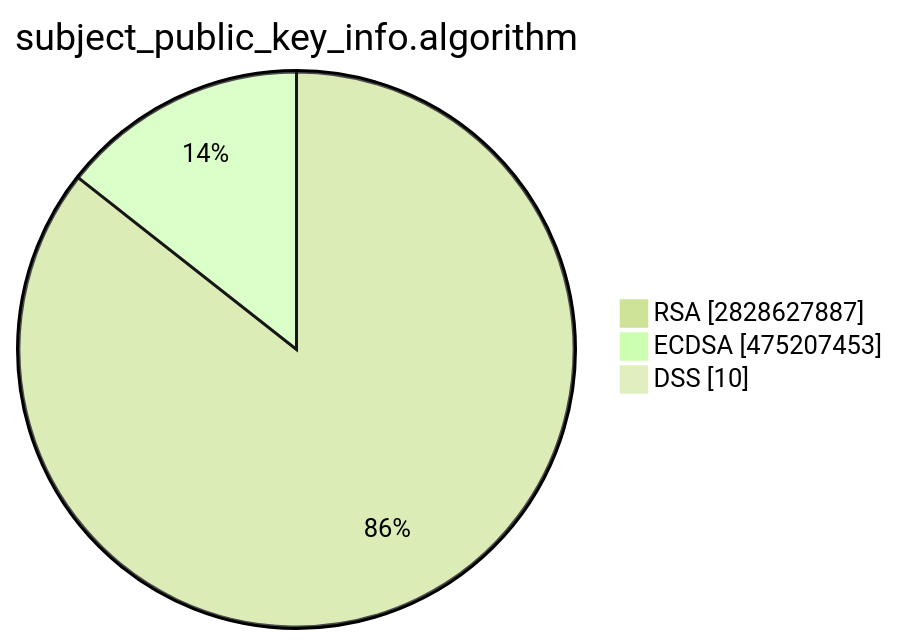
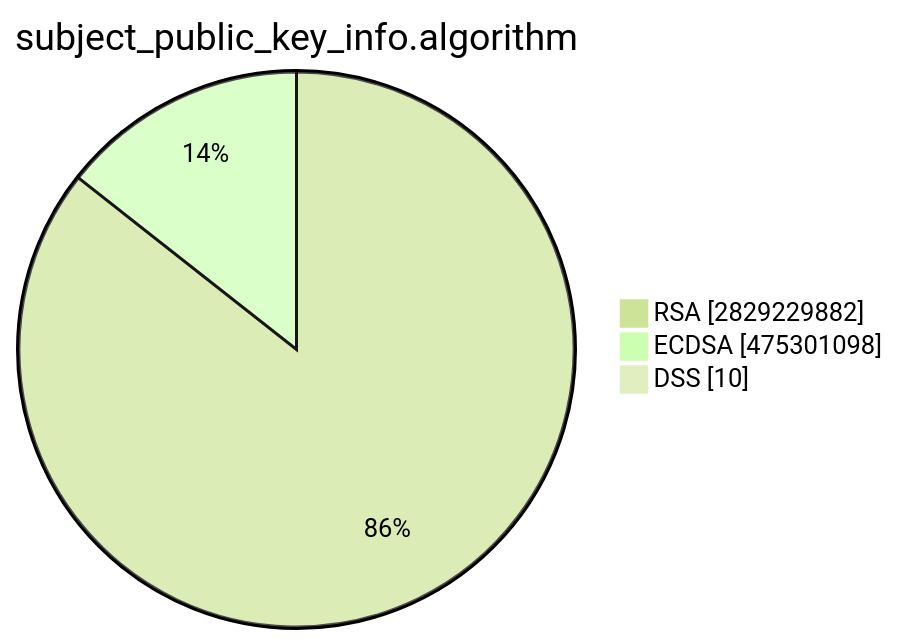
Before and after one commit to christiankrug/ctmonitor_visualization: the second of 15 diagrams in TOTAL/README.md, drawn with Mermaid (forest theme). The commit also changed other lines of this file, not shown here.

````diff
--- a/TOTAL/README.md
+++ b/TOTAL/README.md
@@ -6,7 +6,7 @@
 ```mermaid
 pie showData
 title subject_public_key_info.algorithm
-"RSA" :2828627887
-"ECDSA" :475207453
+"RSA" :2829229882
+"ECDSA" :475301098
 "DSS" :10
 ```
````
